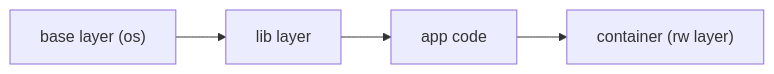
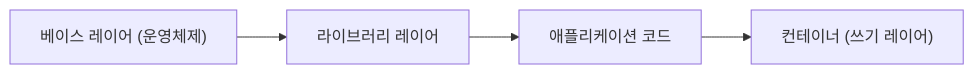
Before and after one commit to yeongseon-books/book-content: the diagram in content/containers-101/ko/02-image-and-layer.md, drawn with Mermaid. The commit also changed other lines of this file and 4 other files, not shown here.

````diff
--- a/content/containers-101/ko/02-image-and-layer.md
+++ b/content/containers-101/ko/02-image-and-layer.md
@@ -33,6 +47,6 @@
 ```mermaid
 flowchart LR
-    Base["base layer (os)"] --> Lib["lib layer"]
-    Lib --> Code["app code"]
-    Code --> Container["container (rw layer)"]
+    Base["베이스 레이어 (운영체제)"] --> Lib["라이브러리 레이어"]
+    Lib --> Code["애플리케이션 코드"]
+    Code --> Container["컨테이너 (쓰기 레이어)"]
 ```
````
